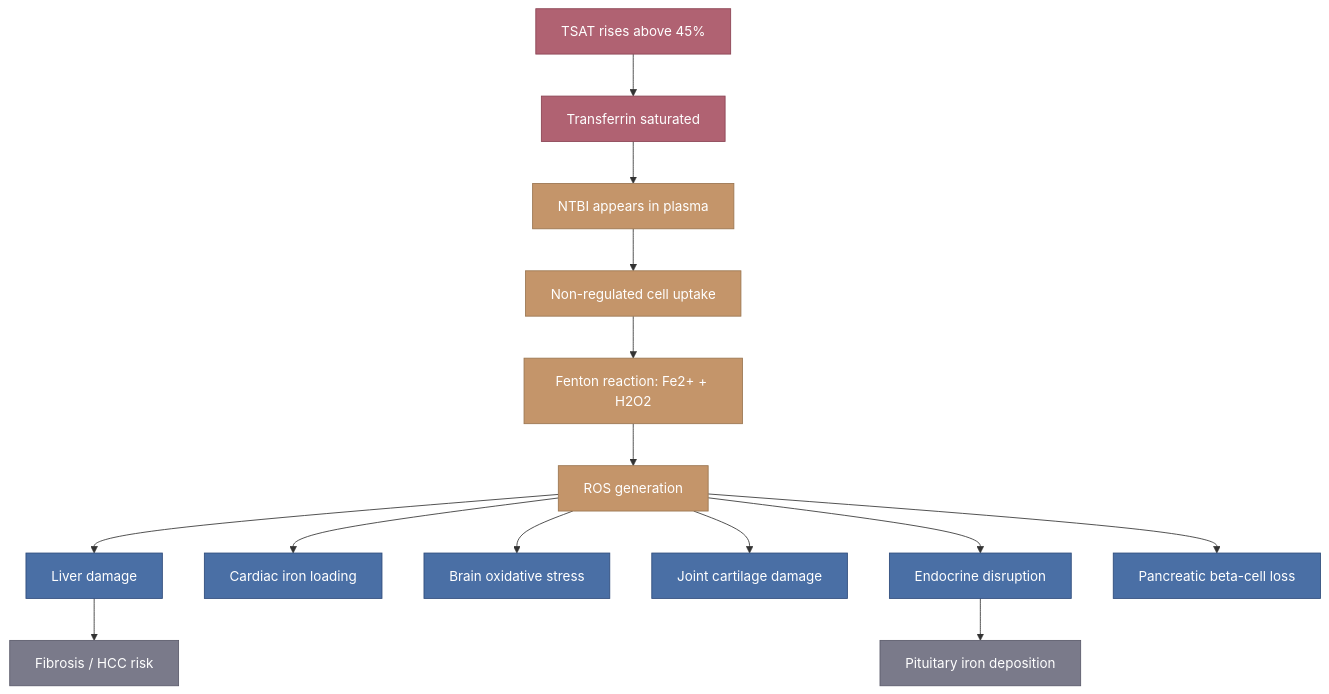
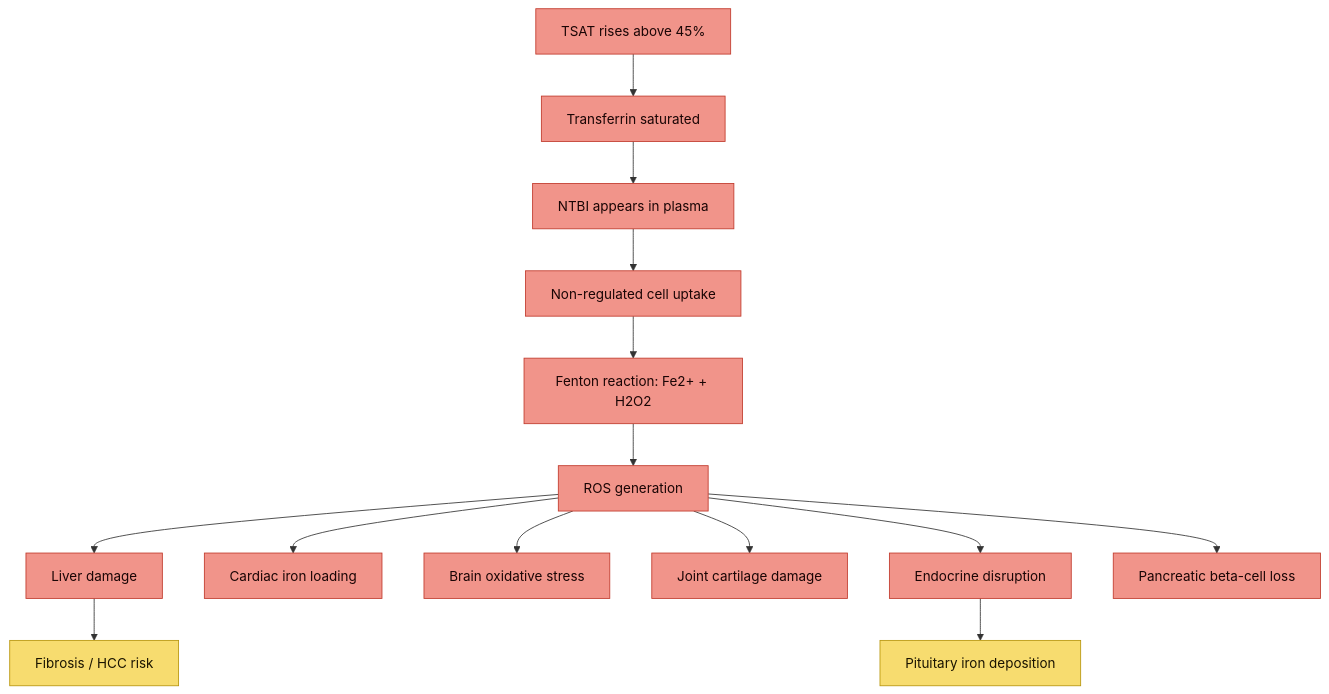
Before and after one commit to Aegis-commits/ag-hfe-adhd-asd-research: the diagram in iron-metabolism/Iron Overload and NTBI.md, drawn with Mermaid. The commit also changed 39 other files, not shown here.

First line of the commit message:
docs(vault): standardise diagram colours for light-mode readability, add MOC quick nav

````diff
--- a/iron-metabolism/Iron Overload and NTBI.md
+++ b/iron-metabolism/Iron Overload and NTBI.md
@@ -46,28 +46,28 @@
 ```mermaid
 flowchart TD
     TSAT["TSAT rises above 45%"] --> TF_SAT["Transferrin saturated"]
     TF_SAT --> NTBI["NTBI appears in plasma"]
     NTBI --> UPTAKE["Non-regulated cell uptake"]
     UPTAKE --> FENTON["Fenton reaction: Fe2+ + H2O2"]
     FENTON --> ROS["ROS generation"]
 
     ROS --> LIVER["Liver damage"]
     ROS --> HEART["Cardiac iron loading"]
     ROS --> BRAIN["Brain oxidative stress"]
     ROS --> JOINTS["Joint cartilage damage"]
     ROS --> ENDO["Endocrine disruption"]
     ROS --> PANC["Pancreatic beta-cell loss"]
 
     LIVER --> HCC["Fibrosis / HCC risk"]
     ENDO --> PITU["Pituitary iron deposition"]
 
-    classDef trigger fill:#b06272,stroke:#8a4252,color:#fff
-    classDef cascade fill:#c4956a,stroke:#9a7550,color:#fff
-    classDef damage fill:#4a6fa5,stroke:#2d4a7a,color:#fff
-    classDef outcome fill:#7a7a8a,stroke:#5a5a6a,color:#fff
+    classDef trigger fill:#f1948a,stroke:#c0392b,color:#1a0505
+    classDef cascade fill:#f1948a,stroke:#c0392b,color:#1a0505
+    classDef damage fill:#f1948a,stroke:#c0392b,color:#1a0505
+    classDef outcome fill:#f7dc6f,stroke:#b7950b,color:#1a1400
 
     class TSAT,TF_SAT trigger
     class NTBI,UPTAKE,FENTON,ROS cascade
     class LIVER,HEART,BRAIN,JOINTS,ENDO,PANC damage
     class HCC,PITU outcome
 ```
````
